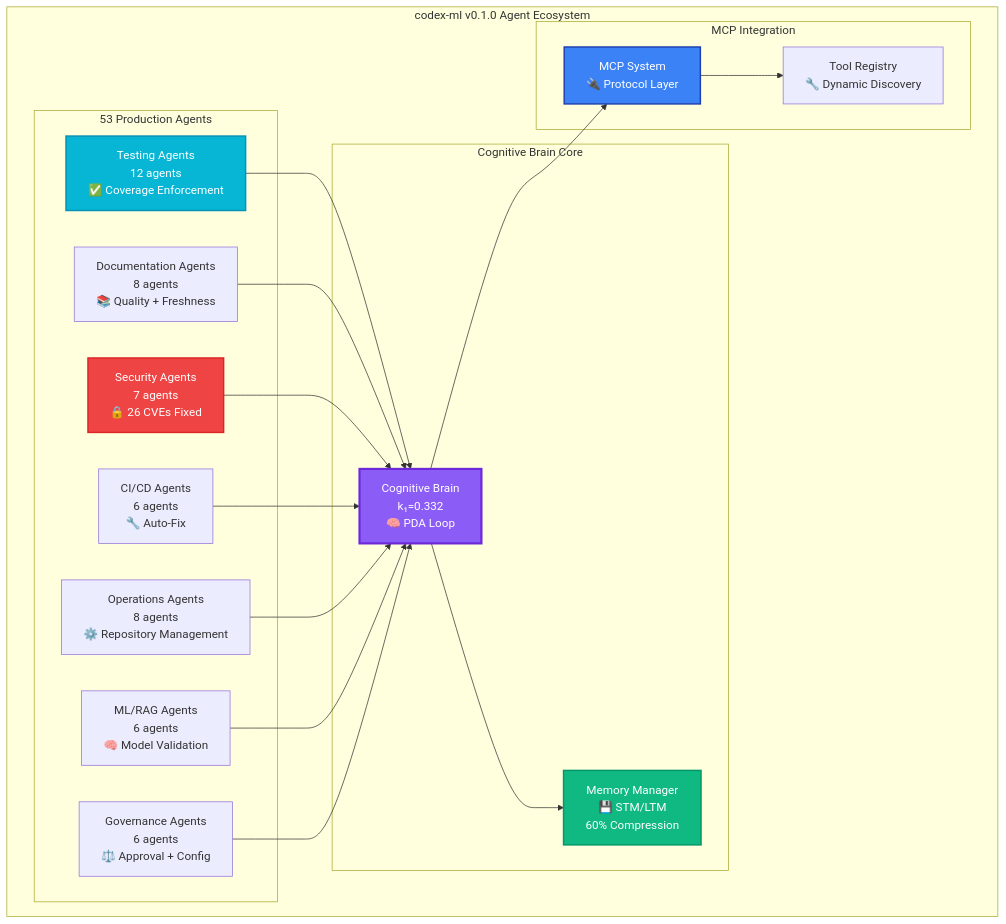
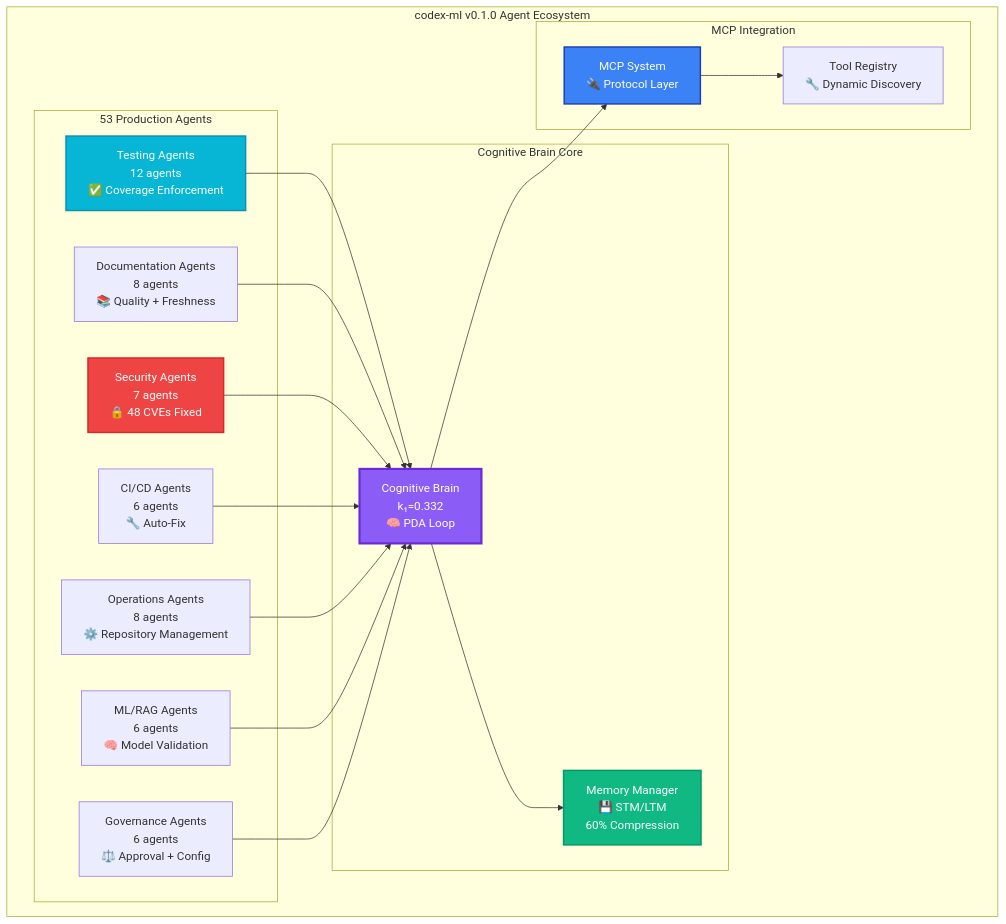
Before and after one commit to Aries-Serpent/_codex_: the first of 2 diagrams in .github/agents/QA_AGENT_ARCHITECTURE_DIAGRAMS.md, drawn with Mermaid. The commit also changed other lines of this file and 7 other files, not shown here.

First line of the commit message:
S83: Update AAIS V3.2 (95.3/100), QA walkthrough report, refresh all custom agent files with current stats (54 agents, 48 CVEs, 1500+ tests, marshmallow 4.x migration context)

````diff
--- a/.github/agents/QA_AGENT_ARCHITECTURE_DIAGRAMS.md
+++ b/.github/agents/QA_AGENT_ARCHITECTURE_DIAGRAMS.md
@@ -16,44 +16,44 @@
 ```mermaid
 graph TB
     subgraph "codex-ml v0.1.0 Agent Ecosystem"
         subgraph "53 Production Agents"
             Testing[Testing Agents<br/>12 agents<br/>✅ Coverage Enforcement]
             Docs[Documentation Agents<br/>8 agents<br/>📚 Quality + Freshness]
-            Security[Security Agents<br/>7 agents<br/>🔒 26 CVEs Fixed]
+            Security[Security Agents<br/>7 agents<br/>🔒 48 CVEs Fixed]
             CI[CI/CD Agents<br/>6 agents<br/>🔧 Auto-Fix]
             Ops[Operations Agents<br/>8 agents<br/>⚙️ Repository Management]
             ML[ML/RAG Agents<br/>6 agents<br/>🧠 Model Validation]
             Gov[Governance Agents<br/>6 agents<br/>⚖️ Approval + Config]
         end
 
         subgraph "Cognitive Brain Core"
             Brain[Cognitive Brain<br/>k₁=0.332<br/>🧠 PDA Loop]
             Memory[Memory Manager<br/>💾 STM/LTM<br/>60% Compression]
         end
 
         subgraph "MCP Integration"
             MCP[MCP System<br/>🔌 Protocol Layer]
             Tools[Tool Registry<br/>🔧 Dynamic Discovery]
         end
     end
 
     %% Connections
     Testing --> Brain
     Docs --> Brain
     Security --> Brain
     CI --> Brain
     Ops --> Brain
     ML --> Brain
     Gov --> Brain
 
     Brain --> Memory
     Brain --> MCP
     MCP --> Tools
 
     %% Styling
     style Brain fill:#8b5cf6,stroke:#6d28d9,stroke-width:3px,color:#fff
     style Memory fill:#10b981,stroke:#059669,stroke-width:2px,color:#fff
     style MCP fill:#3b82f6,stroke:#1e40af,stroke-width:2px,color:#fff
     style Security fill:#ef4444,stroke:#dc2626,stroke-width:2px,color:#fff
     style Testing fill:#06b6d4,stroke:#0891b2,stroke-width:2px,color:#fff
 ```
````
